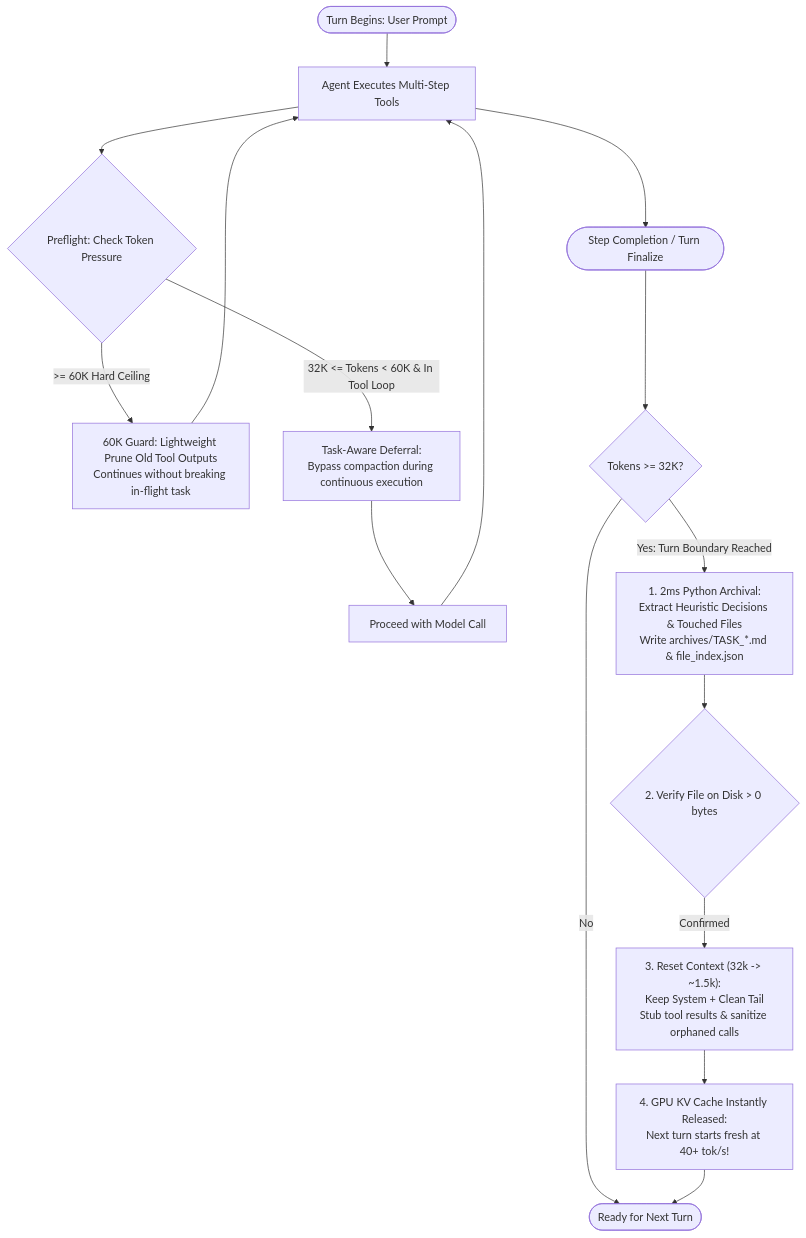
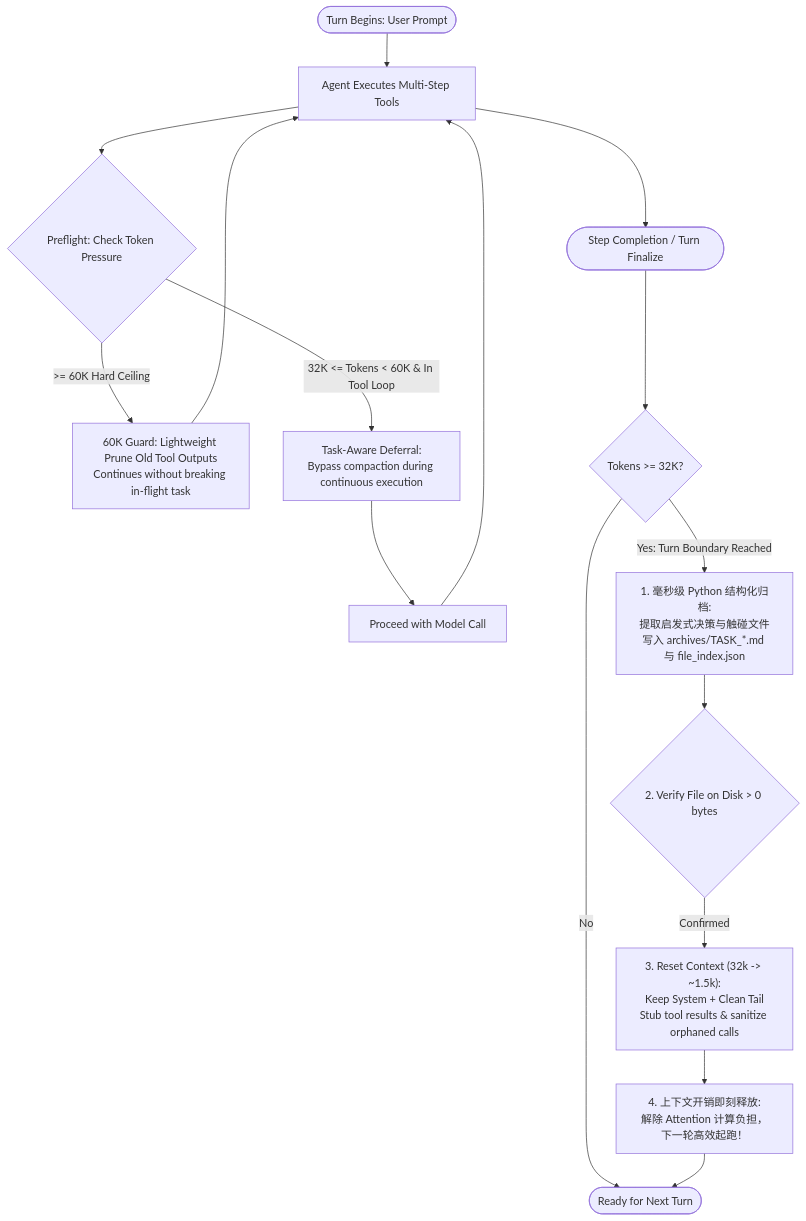
One commit to akayixiaoke/context-flusher-engine changed the diagram in README.md. Above: the diagram before and after it, drawn with Mermaid. The commit also changed other lines of this file and 2 other files, not shown here.

````diff
--- a/README.md
+++ b/README.md
@@ -70,25 +75,25 @@
 ```mermaid
 flowchart TD
     Start([Turn Begins: User Prompt]) --> ToolLoop[Agent Executes Multi-Step Tools]
     
     ToolLoop --> PreflightCheck{Preflight: Check Token Pressure}
     
     PreflightCheck -->|>= 60K Hard Ceiling| StagePrune[60K Guard: Lightweight Prune Old Tool Outputs<br/>Continues without breaking in-flight task]
     StagePrune --> ToolLoop
     
     PreflightCheck -->|32K <= Tokens < 60K & In Tool Loop| DeferCompaction[Task-Aware Deferral:<br/>Bypass compaction during continuous execution]
     DeferCompaction --> ModelCall[Proceed with Model Call]
     ModelCall --> ToolLoop
     
     ToolLoop --> StepCompletion([Step Completion / Turn Finalize])
     
     StepCompletion --> CheckThreshold{Tokens >= 32K?}
     CheckThreshold -->|No| NextTurn([Ready for Next Turn])
     
-    CheckThreshold -->|Yes: Turn Boundary Reached| WriteArchive["1. 2ms Python Archival:<br/>Extract Heuristic Decisions & Touched Files<br/>Write archives/TASK_*.md & file_index.json"]
+    CheckThreshold -->|Yes: Turn Boundary Reached| WriteArchive["1. 毫秒级 Python 结构化归档:<br/>提取启发式决策与触碰文件<br/>写入 archives/TASK_*.md 与 file_index.json"]
     WriteArchive --> VerifyDisk{2. Verify File on Disk > 0 bytes}
     
     VerifyDisk -->|Confirmed| ContextReset["3. Reset Context (32k -> ~1.5k):<br/>Keep System + Clean Tail<br/>Stub tool results & sanitize orphaned calls"]
-    ContextReset --> FlushKV["4. GPU KV Cache Instantly Released:<br/>Next turn starts fresh at 40+ tok/s!"]
+    ContextReset --> FlushKV["4. 上下文开销即刻释放:<br/>解除 Attention 计算负担，下一轮高效起跑！"]
     FlushKV --> NextTurn
 ```
````
